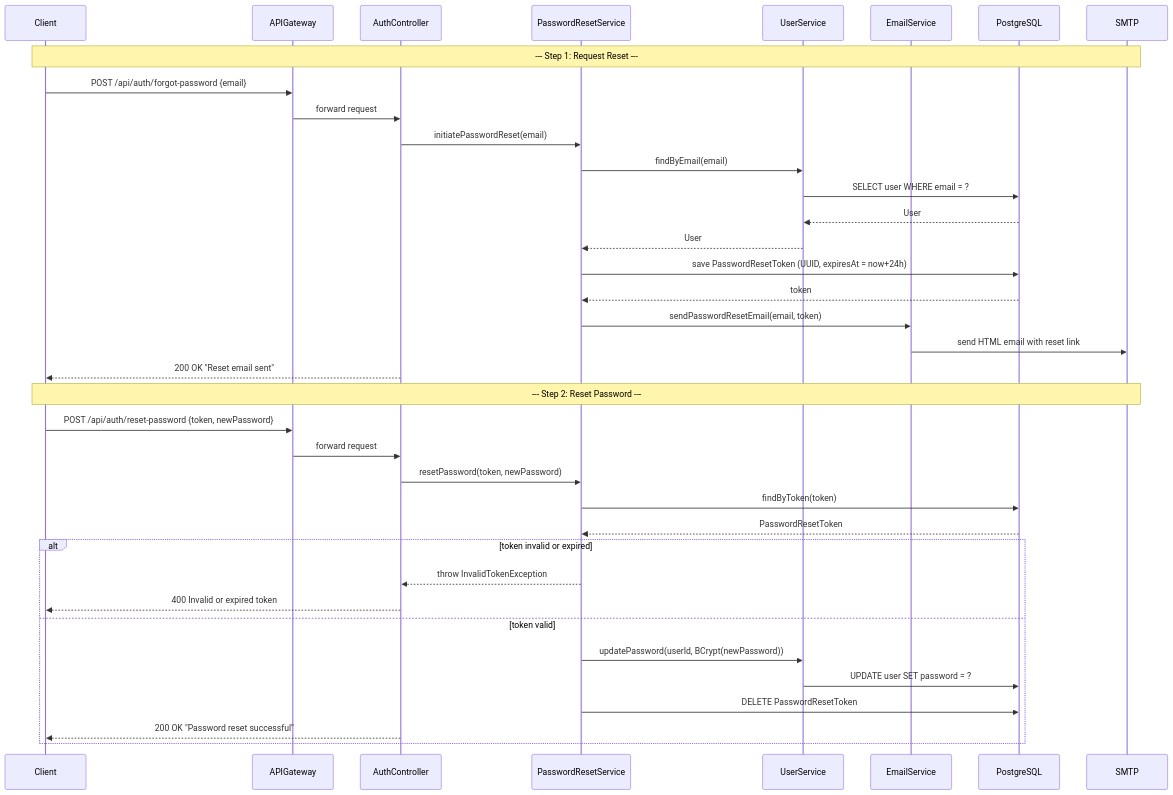
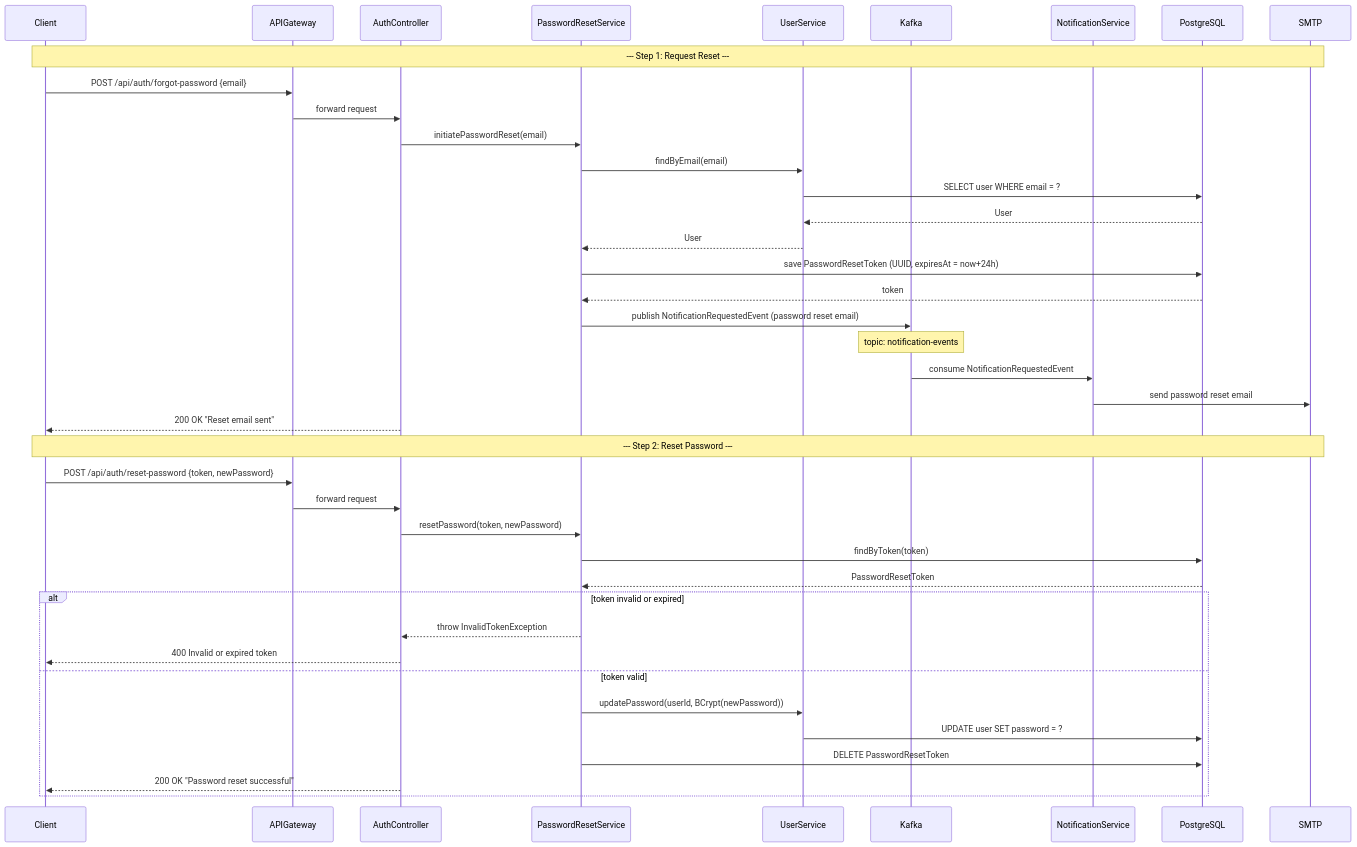
Before and after one commit to namnd0312/ms-cinema: the eighth of 24 diagrams in docs/system-design-mermaid-diagrams-all-services-flows.md, drawn with Mermaid. The commit also changed other lines of this file, not shown here.

````diff
--- a/docs/system-design-mermaid-diagrams-all-services-flows.md
+++ b/docs/system-design-mermaid-diagrams-all-services-flows.md
@@ -403,46 +424,49 @@
 ```mermaid
 sequenceDiagram
     participant Client
     participant APIGateway
     participant AuthController
     participant PasswordResetService
     participant UserService
-    participant EmailService
+    participant Kafka
+    participant NotificationService
     participant PostgreSQL
     participant SMTP
 
     Note over Client,SMTP: --- Step 1: Request Reset ---
 
     Client->>APIGateway: POST /api/auth/forgot-password {email}
     APIGateway->>AuthController: forward request
     AuthController->>PasswordResetService: initiatePasswordReset(email)
     PasswordResetService->>UserService: findByEmail(email)
     UserService->>PostgreSQL: SELECT user WHERE email = ?
     PostgreSQL-->>UserService: User
     UserService-->>PasswordResetService: User
 
     PasswordResetService->>PostgreSQL: save PasswordResetToken (UUID, expiresAt = now+24h)
     PostgreSQL-->>PasswordResetService: token
 
-    PasswordResetService->>EmailService: sendPasswordResetEmail(email, token)
-    EmailService->>SMTP: send HTML email with reset link
+    PasswordResetService->>Kafka: publish NotificationRequestedEvent (password reset email)
+    Note over Kafka: topic: notification-events
+    Kafka->>NotificationService: consume NotificationRequestedEvent
+    NotificationService->>SMTP: send password reset email
     AuthController-->>Client: 200 OK "Reset email sent"
 
     Note over Client,SMTP: --- Step 2: Reset Password ---
 
     Client->>APIGateway: POST /api/auth/reset-password {token, newPassword}
     APIGateway->>AuthController: forward request
     AuthController->>PasswordResetService: resetPassword(token, newPassword)
     PasswordResetService->>PostgreSQL: findByToken(token)
     PostgreSQL-->>PasswordResetService: PasswordResetToken
 
     alt token invalid or expired
         PasswordResetService-->>AuthController: throw InvalidTokenException
         AuthController-->>Client: 400 Invalid or expired token
     else token valid
         PasswordResetService->>UserService: updatePassword(userId, BCrypt(newPassword))
         UserService->>PostgreSQL: UPDATE user SET password = ?
         PasswordResetService->>PostgreSQL: DELETE PasswordResetToken
         AuthController-->>Client: 200 OK "Password reset successful"
     end
 ```
````
